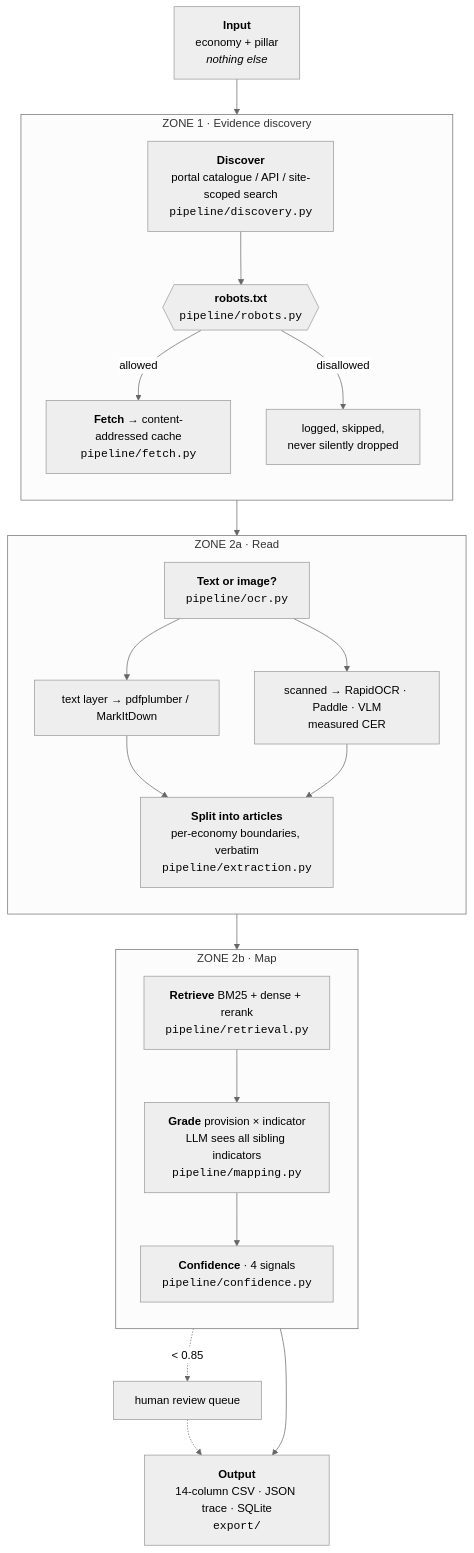
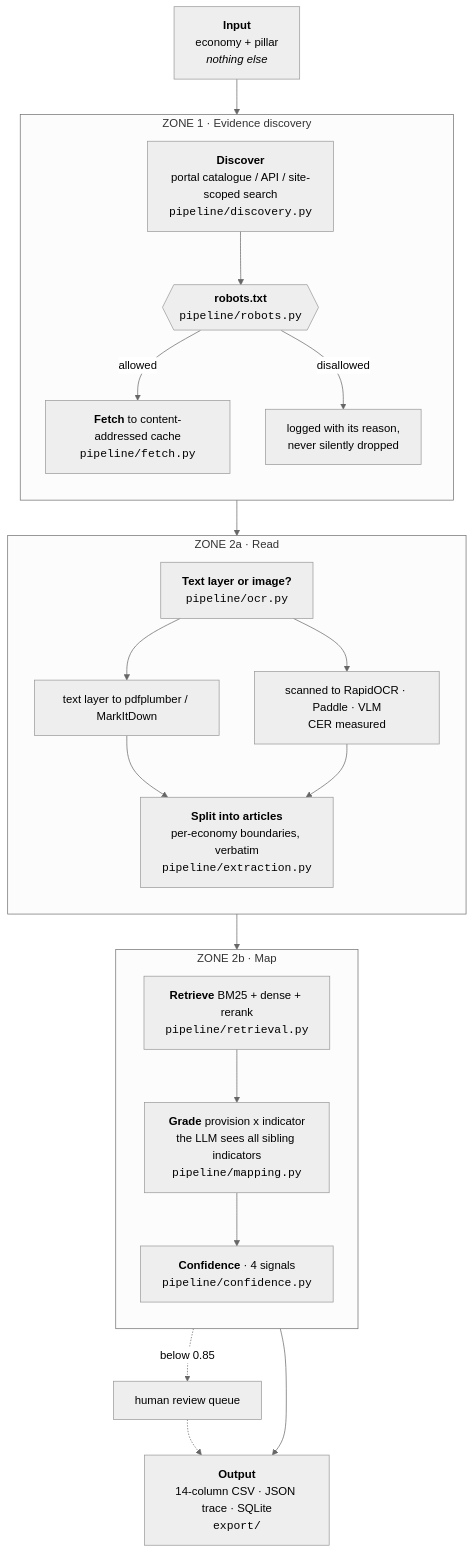
Before and after one commit to ftulabs/law-v2.0: the first of 5 diagrams in docs/ARCHITECTURE.md, drawn with Mermaid (neutral theme). The commit also changed other lines of this file and 1 other file, not shown here.

First line of the commit message:
fix(docs): restore ARCHITECTURE.md, which the previous commit destroyed

````diff
--- a/docs/ARCHITECTURE.md
+++ b/docs/ARCHITECTURE.md
@@ -17,37 +21,37 @@
 ```mermaid
 flowchart TB
     IN["<b>Input</b><br/>economy + pillar<br/><i>nothing else</i>"]
 
     subgraph Z1["ZONE 1 · Evidence discovery"]
         direction TB
         D["<b>Discover</b><br/>portal catalogue / API / site-scoped search<br/><code>pipeline/discovery.py</code>"]
         R{{"<b>robots.txt</b><br/><code>pipeline/robots.py</code>"}}
-        F["<b>Fetch</b> → content-addressed cache<br/><code>pipeline/fetch.py</code>"]
+        F["<b>Fetch</b> to content-addressed cache<br/><code>pipeline/fetch.py</code>"]
         D --> R -->|allowed| F
-        R -->|disallowed| SKIP["logged, skipped,<br/>never silently dropped"]
+        R -->|disallowed| SKIP["logged with its reason,<br/>never silently dropped"]
     end
 
     subgraph Z2A["ZONE 2a · Read"]
         direction TB
-        O["<b>Text or image?</b><br/><code>pipeline/ocr.py</code>"]
-        T["text layer → pdfplumber / MarkItDown"]
-        S["scanned → RapidOCR · Paddle · VLM<br/>measured CER"]
+        O["<b>Text layer or image?</b><br/><code>pipeline/ocr.py</code>"]
+        T["text layer to pdfplumber / MarkItDown"]
+        S["scanned to RapidOCR · Paddle · VLM<br/>CER measured"]
         X["<b>Split into articles</b><br/>per-economy boundaries, verbatim<br/><code>pipeline/extraction.py</code>"]
         O --> T --> X
         O --> S --> X
     end
 
     subgraph Z2B["ZONE 2b · Map"]
         direction TB
         RET["<b>Retrieve</b> BM25 + dense + rerank<br/><code>pipeline/retrieval.py</code>"]
-        G["<b>Grade</b> provision × indicator<br/>LLM sees all sibling indicators<br/><code>pipeline/mapping.py</code>"]
+        G["<b>Grade</b> provision x indicator<br/>the LLM sees all sibling indicators<br/><code>pipeline/mapping.py</code>"]
         C["<b>Confidence</b> · 4 signals<br/><code>pipeline/confidence.py</code>"]
         RET --> G --> C
     end
 
     OUT["<b>Output</b><br/>14-column CSV · JSON trace · SQLite<br/><code>export/</code>"]
 
     IN --> Z1 --> Z2A --> Z2B --> OUT
-    C -.->|&lt; 0.85| REV["human review queue"]
+    C -.->|"below 0.85"| REV["human review queue"]
     REV -.-> OUT
 ```
````
